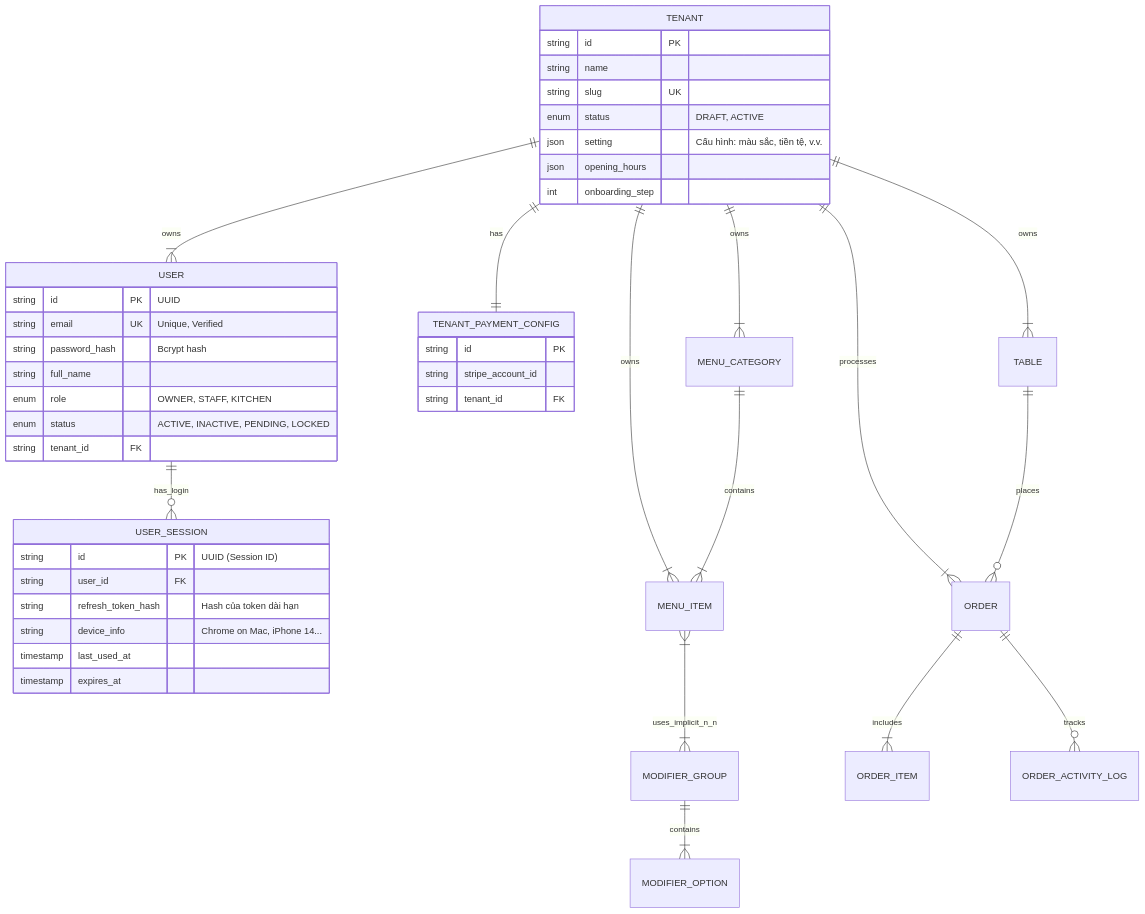
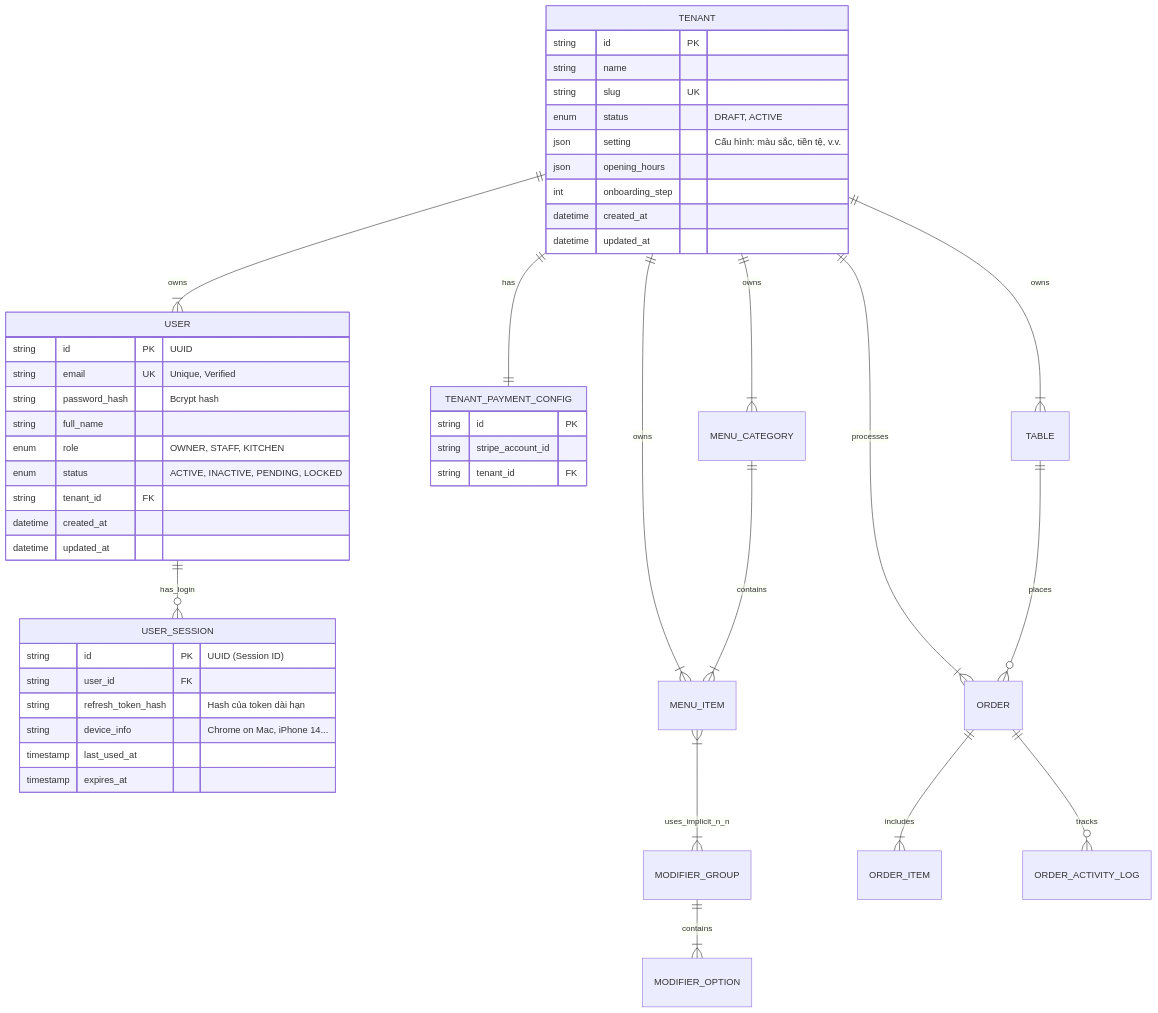
One commit to tkob-team/TKOB_QROrderSystem changed the diagram in docs/backend/database/er_diagram.md. Above: the diagram before and after it, drawn with Mermaid. The commit also changed 14 other files, not shown here.

````diff
--- a/docs/backend/database/er_diagram.md
+++ b/docs/backend/database/er_diagram.md
@@ -1,60 +1,64 @@
 ```mermaid
 erDiagram
     %% --- IDENTITY & AUTH ---
     USER {
         string id PK "UUID"
         string email UK "Unique, Verified"
         string password_hash "Bcrypt hash"
         string full_name
         enum role "OWNER, STAFF, KITCHEN"
         enum status "ACTIVE, INACTIVE, PENDING, LOCKED"
         string tenant_id FK
+        datetime created_at
+        datetime updated_at
     }
 
     %% --- SESSION MANAGEMENT ---
     USER_SESSION {
         string id PK "UUID (Session ID)"
         string user_id FK
         string refresh_token_hash "Hash của token dài hạn"
         string device_info "Chrome on Mac, iPhone 14..."
         timestamp last_used_at
         timestamp expires_at
     }
 
     %% --- TENANT CONTEXT ---
     TENANT {
         string id PK
         string name
         string slug UK
         enum status "DRAFT, ACTIVE"
         json setting "Cấu hình: màu sắc, tiền tệ, v.v."
         json opening_hours
         int onboarding_step
+        datetime created_at
+        datetime updated_at
     }
 
     %% --- SECURE PAYMENT ---
     TENANT_PAYMENT_CONFIG {
         string id PK
         string stripe_account_id
         string tenant_id FK
     }
 
     %% RELATIONS
     TENANT ||--|{ USER : owns
     TENANT ||--|| TENANT_PAYMENT_CONFIG : has
     USER ||--o{ USER_SESSION : has_login
     
     TENANT ||--|{ TABLE : owns
     TENANT ||--|{ MENU_CATEGORY : owns
     TENANT ||--|{ MENU_ITEM : owns
     TENANT ||--|{ ORDER : processes
 
 
     MENU_CATEGORY ||--|{ MENU_ITEM : contains
     MENU_ITEM }|--|{ MODIFIER_GROUP : uses_implicit_n_n
     MODIFIER_GROUP ||--|{ MODIFIER_OPTION : contains
 
     TABLE ||--o{ ORDER : places
     ORDER ||--|{ ORDER_ITEM : includes
     ORDER ||--o{ ORDER_ACTIVITY_LOG : tracks
 ```
````
